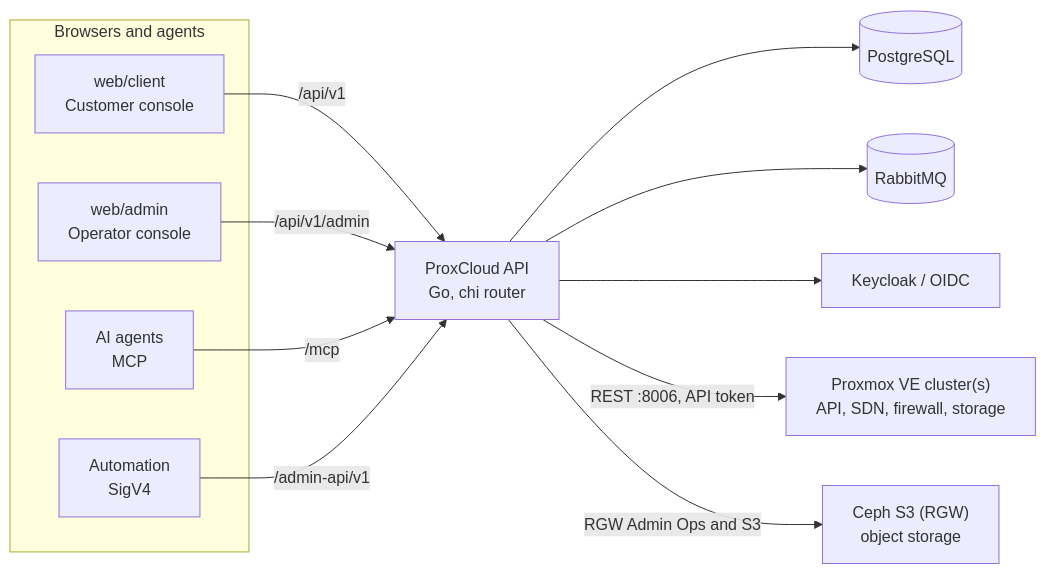
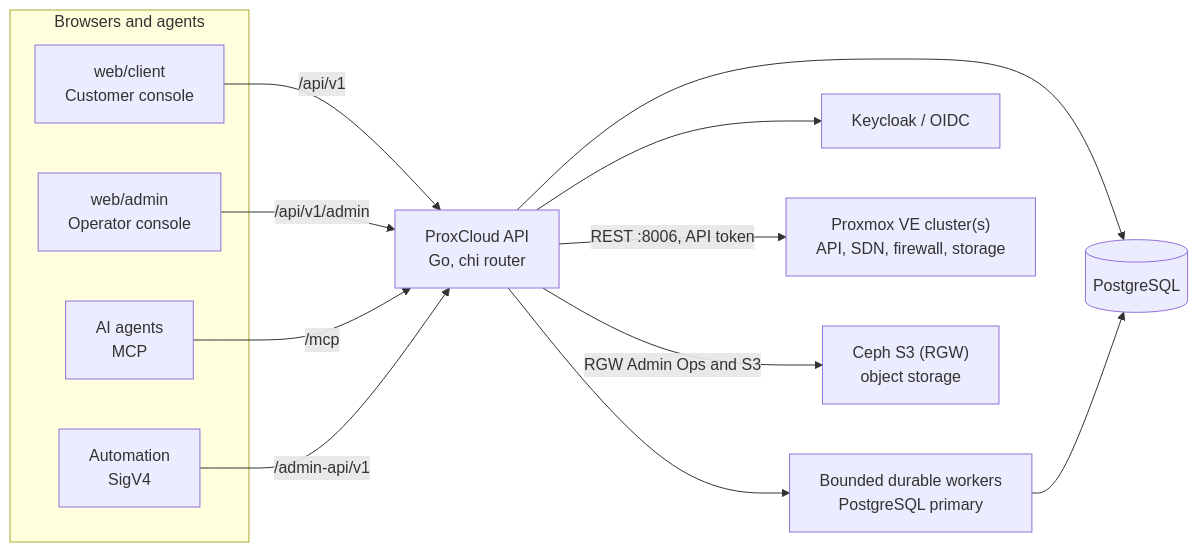
The diagram in README.md (mutex-solutions/proxcloud), drawn with Mermaid before and after one commit. The commit also changed other lines of this file and 29 other files, not shown here.

Commit message:
feat(deploy): default durable jobs to PostgreSQL without a broker

````diff
--- a/README.md
+++ b/README.md
@@ -69,19 +69,20 @@
 ```mermaid
 flowchart LR
   subgraph clients["Browsers and agents"]
     C["web/client<br/>Customer console"]
     A["web/admin<br/>Operator console"]
     G["AI agents<br/>MCP"]
     M["Automation<br/>SigV4"]
   end
   C -->|"/api/v1"| API
   A -->|"/api/v1/admin"| API
   G -->|"/mcp"| API
   M -->|"/admin-api/v1"| API
   API["ProxCloud API<br/>Go, chi router"]
   API --> DB[("PostgreSQL")]
-  API --> MQ[("RabbitMQ")]
+  API --> JOBS["Bounded durable workers<br/>PostgreSQL primary"]
+  JOBS --> DB
   API --> KC["Keycloak / OIDC"]
   API -->|"REST :8006, API token"| PVE["Proxmox VE cluster(s)<br/>API, SDN, firewall, storage"]
   API -->|"RGW Admin Ops and S3"| RGW["Ceph S3 (RGW)<br/>object storage"]
 ```
````
